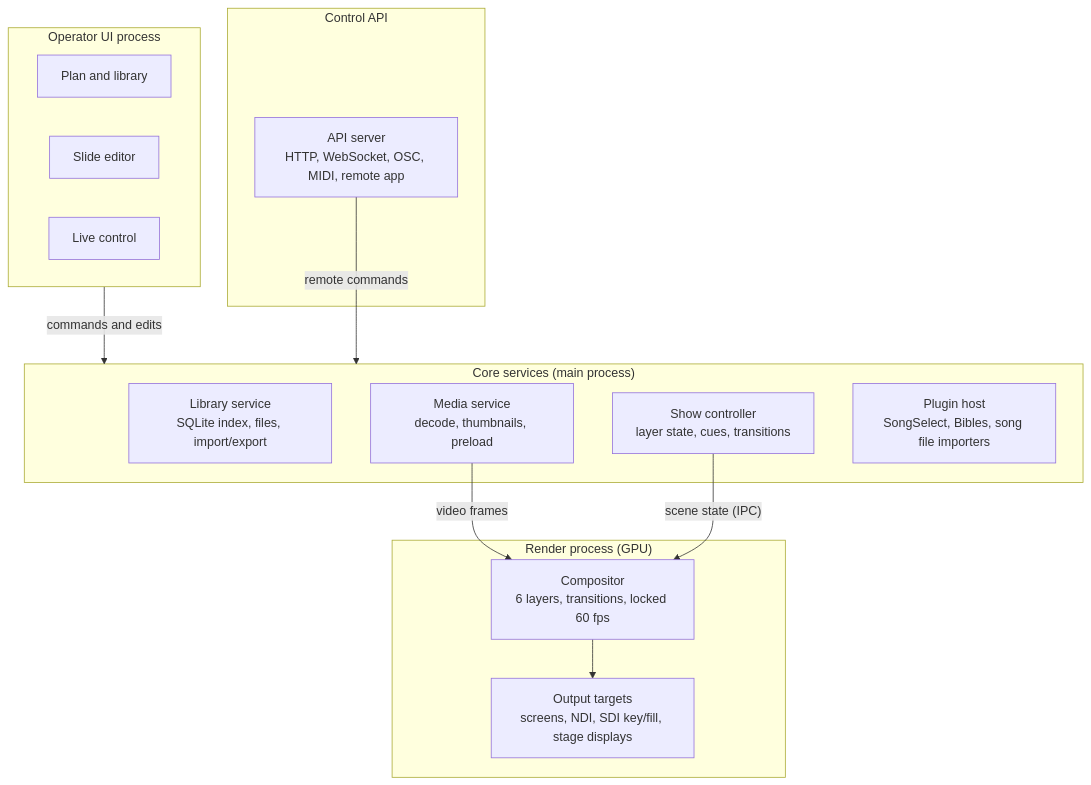
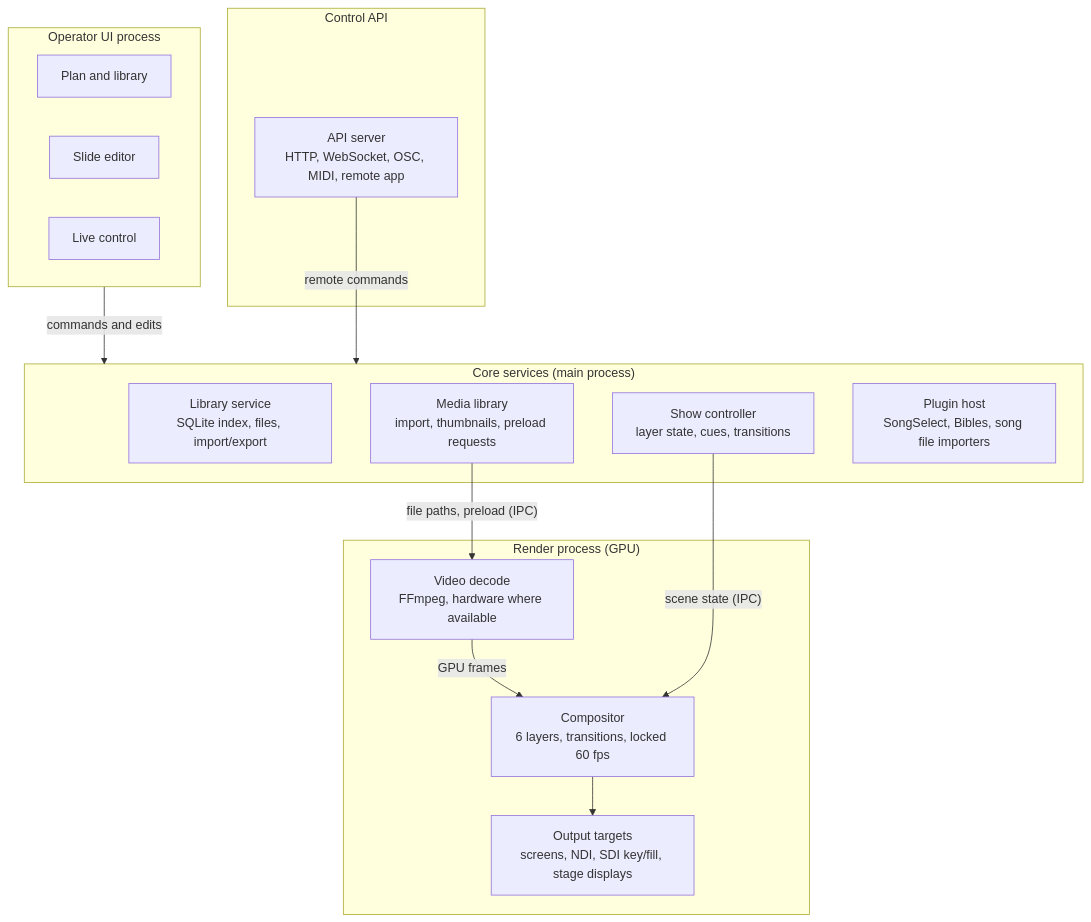
One commit to OrisabinoneDanielO/Lumen changed the first of 2 diagrams in docs/diagrams.md. Above: the diagram before and after it, drawn with Mermaid. The commit also changed 43 other files, not shown here.

First line of the commit message:
Batch 9: media library, video playback, motion backgrounds

````diff
--- a/docs/diagrams.md
+++ b/docs/diagrams.md
@@ -7,26 +7,28 @@
 ```mermaid
 flowchart TB
   subgraph UI["Operator UI process"]
     PL["Plan and library"]
     SE["Slide editor"]
     LC["Live control"]
   end
   subgraph CORE["Core services (main process)"]
     LIB["Library service<br/>SQLite index, files, import/export"]
-    MED["Media service<br/>decode, thumbnails, preload"]
+    MED["Media library<br/>import, thumbnails, preload requests"]
     SHOW["Show controller<br/>layer state, cues, transitions"]
     PLG["Plugin host<br/>SongSelect, Bibles, song file importers"]
   end
   subgraph API["Control API"]
     APIS["API server<br/>HTTP, WebSocket, OSC, MIDI, remote app"]
   end
   subgraph RENDER["Render process (GPU)"]
+    DEC["Video decode<br/>FFmpeg, hardware where available"]
     COMP["Compositor<br/>6 layers, transitions, locked 60 fps"]
     OUT["Output targets<br/>screens, NDI, SDI key/fill, stage displays"]
   end
   UI -- "commands and edits" --> CORE
   APIS -- "remote commands" --> CORE
-  MED -- "video frames" --> COMP
+  MED -- "file paths, preload (IPC)" --> DEC
+  DEC -- "GPU frames" --> COMP
   SHOW -- "scene state (IPC)" --> COMP
   COMP --> OUT
 ```
````
